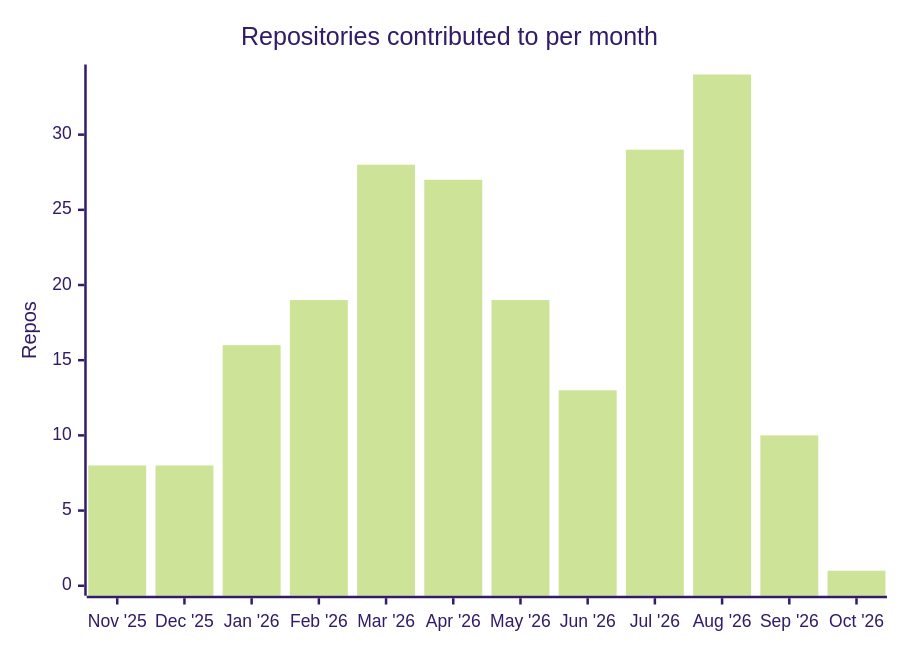
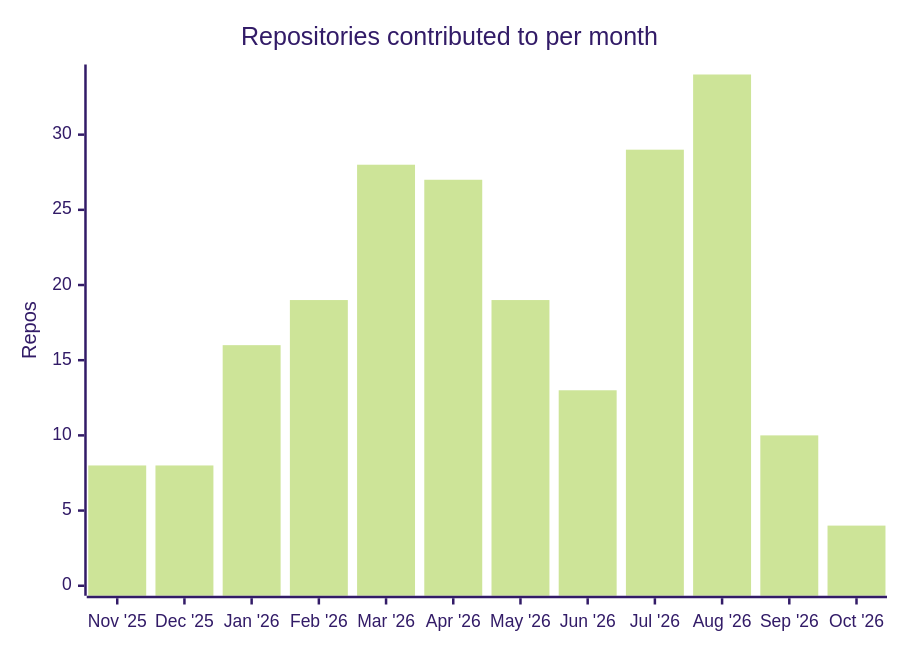
The second of 2 diagrams in README.md (soderlind/soderlind), drawn with Mermaid (forest theme) before and after one commit. The commit also changed other lines of this file, not shown here.

````diff
--- a/README.md
+++ b/README.md
@@ -427,7 +427,7 @@
 ```mermaid
 xychart-beta
     title "Repositories contributed to per month"
     x-axis ["Nov '25", "Dec '25", "Jan '26", "Feb '26", "Mar '26", "Apr '26", "May '26", "Jun '26", "Jul '26", "Aug '26", "Sep '26", "Oct '26"]
     y-axis "Repos" 0 --> 34
-    bar [8, 8, 16, 19, 28, 27, 19, 13, 29, 34, 10, 1]
+    bar [8, 8, 16, 19, 28, 27, 19, 13, 29, 34, 10, 4]
 ```
````
